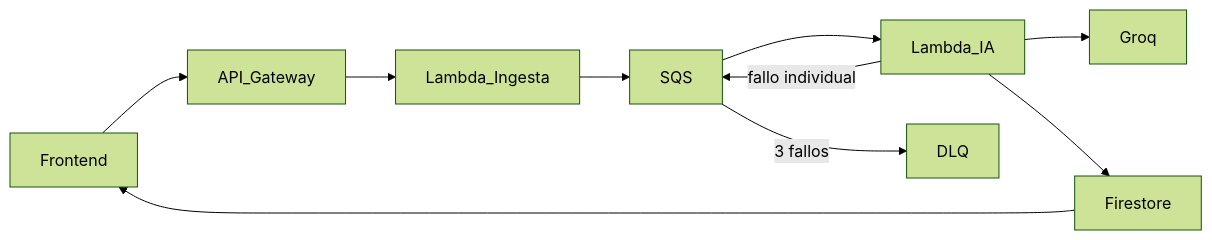
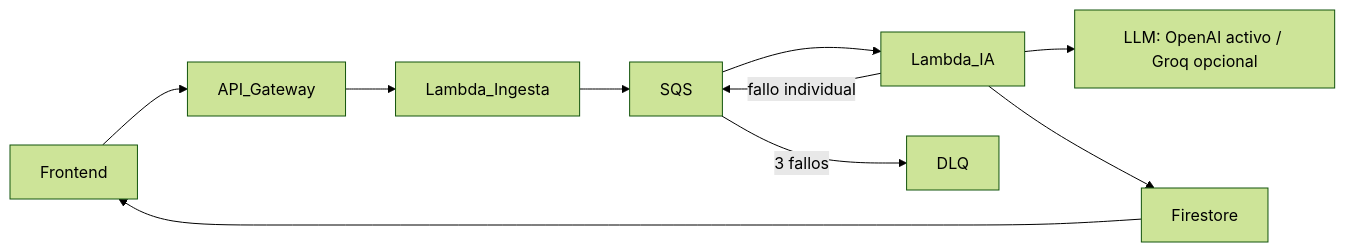
One commit to alxgr-08/Hackaton_Cloud_Computing changed the diagram in README.md. Above: the diagram before and after it, drawn with Mermaid (forest theme). The commit also changed other lines of this file and 17 other files, not shown here.

````diff
--- a/README.md
+++ b/README.md
@@ -17,8 +17,8 @@
 ```mermaid
 flowchart LR
   Frontend --> API_Gateway --> Lambda_Ingesta --> SQS
-  SQS --> Lambda_IA --> Groq
+  SQS --> Lambda_IA --> LLM[LLM: OpenAI activo / Groq opcional]
   Lambda_IA --> Firestore --> Frontend
   Lambda_IA -->|fallo individual| SQS
   SQS -->|3 fallos| DLQ
 ```
````
